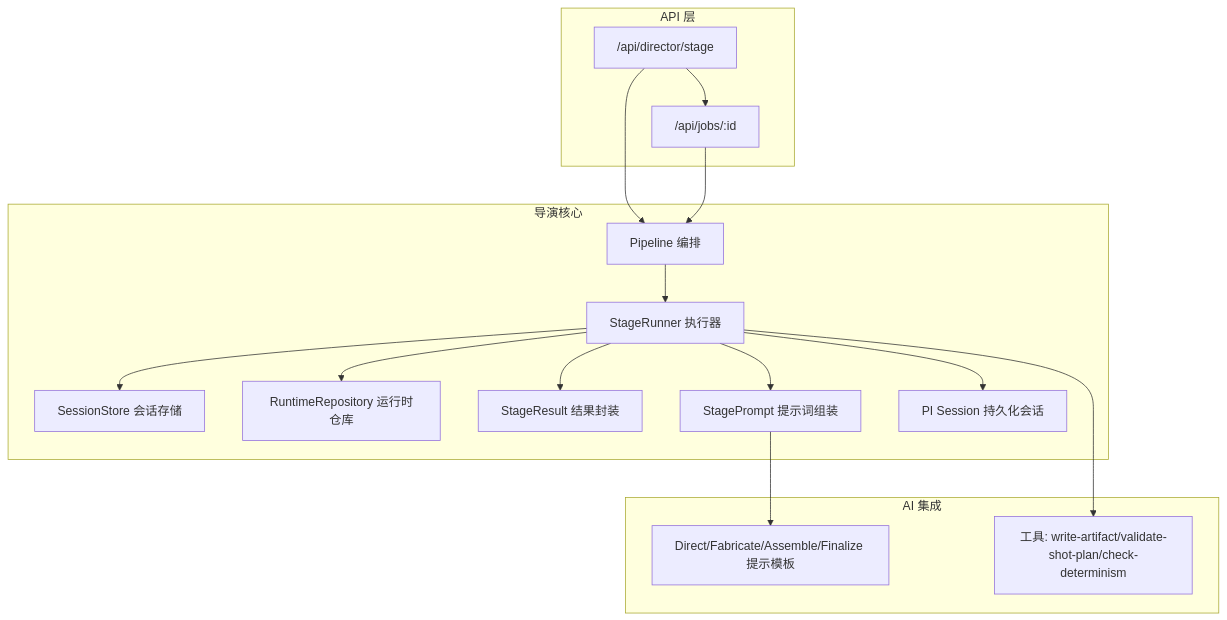
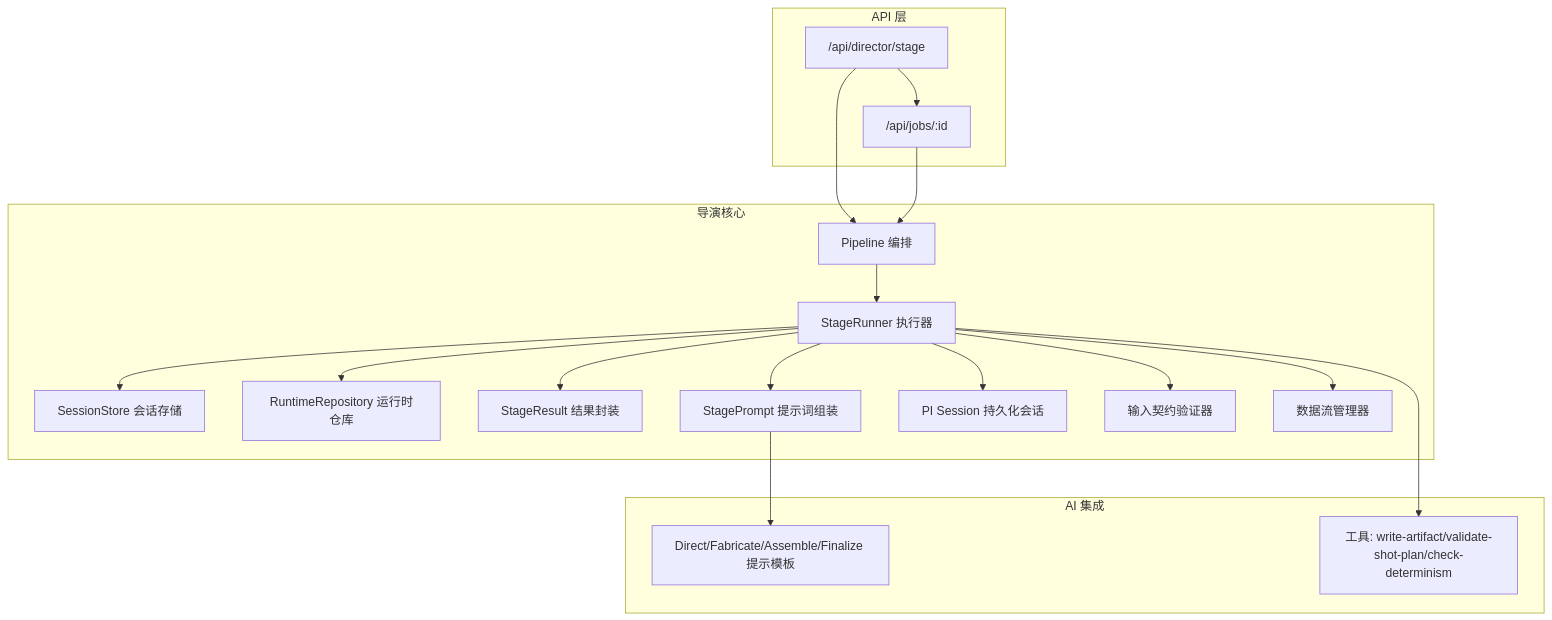
One commit to AIMFllyYS/code-video-canvas changed the first of 5 diagrams in .qoder/repowiki/zh/content/架构设计/核心模块设计/导演系统设计/导演系统设计.md. Above: the diagram before and after it, drawn with Mermaid. The commit also changed other lines of this file and 31 other files, not shown here.

````diff
--- a/.qoder/repowiki/zh/content/架构设计/核心模块设计/导演系统设计/导演系统设计.md
+++ b/.qoder/repowiki/zh/content/架构设计/核心模块设计/导演系统设计/导演系统设计.md
@@ -53,29 +61,33 @@
 ```mermaid
 graph TB
 subgraph "API 层"
 A["/api/director/stage"] --> B["/api/jobs/:id"]
 end
 subgraph "导演核心"
 C["Pipeline 编排"]
 D["StageRunner 执行器"]
 E["SessionStore 会话存储"]
 F["RuntimeRepository 运行时仓库"]
 G["StageResult 结果封装"]
 H["StagePrompt 提示词组装"]
 I["PI Session 持久化会话"]
+J["输入契约验证器"]
+K["数据流管理器"]
 end
 subgraph "AI 集成"
-J["Direct/Fabricate/Assemble/Finalize 提示模板"]
-K["工具: write-artifact/validate-shot-plan/check-determinism"]
+L["Direct/Fabricate/Assemble/Finalize 提示模板"]
+M["工具: write-artifact/validate-shot-plan/check-determinism"]
 end
 A --> C
 B --> C
 C --> D
 D --> E
 D --> F
 D --> G
 D --> H
 D --> I
-H --> J
+D --> J
 D --> K
+H --> L
+D --> M
 ```
````
